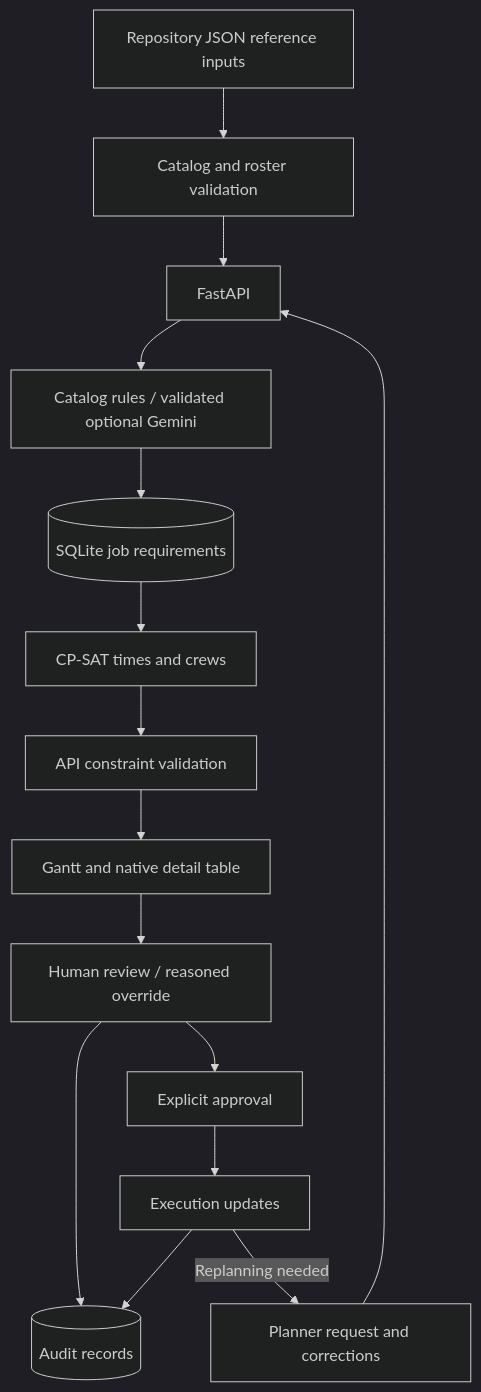
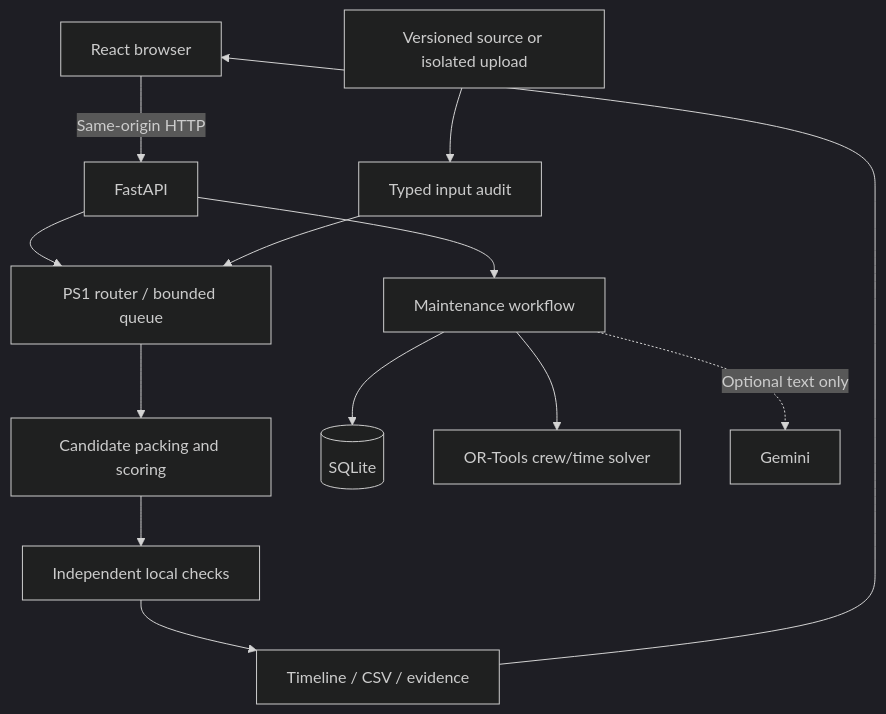
Before and after one commit to simonraj79/ngeebula_ui_ux: the diagram in TECH_STACK.md, drawn with Mermaid (dark theme). The commit also changed other lines of this file and 137 other files, not shown here.

````diff
--- a/TECH_STACK.md
+++ b/TECH_STACK.md
@@ -79,17 +24,15 @@
 ```mermaid
 flowchart TD
-    R[Repository JSON reference inputs] --> V[Catalog and roster validation]
-    P[Planner request and corrections] --> A[FastAPI]
-    V --> A
-    A --> C[Catalog rules / validated optional Gemini]
-    C --> J[(SQLite job requirements)]
-    J --> S[CP-SAT times and crews]
-    S --> K[API constraint validation]
-    K --> UI[Gantt and native detail table]
-    UI --> H[Human review / reasoned override]
-    H --> AP[Explicit approval]
-    AP --> E[Execution updates]
-    H --> AU[(Audit records)]
-    E --> AU
-    E -->|Replanning needed| P
+    Browser[React browser] -->|Same-origin HTTP| API[FastAPI]
+    API --> PS1[PS1 router / bounded queue]
+    CSV[Versioned source or isolated upload] --> Audit[Typed input audit]
+    Audit --> PS1
+    PS1 --> Heuristic[Candidate packing and scoring]
+    Heuristic --> Validator[Independent local checks]
+    Validator --> Output[Timeline / CSV / evidence]
+    Output --> Browser
+    API --> Repair[Maintenance workflow]
+    Repair --> DB[(SQLite)]
+    Repair --> CPSAT[OR-Tools crew/time solver]
+    Repair -. Optional text only .-> Gemini[Gemini]
 ```
````
